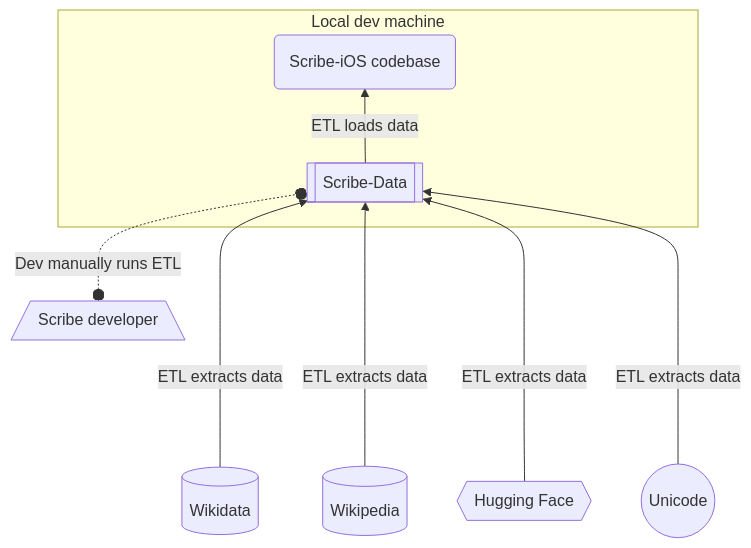
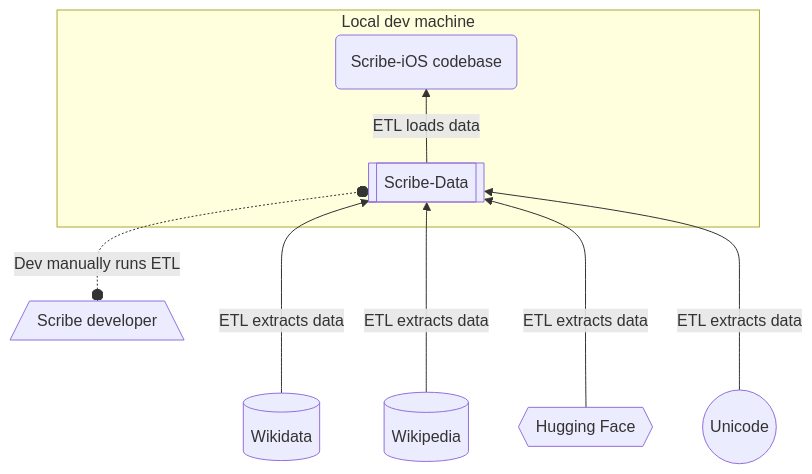
Before and after one commit to scribe-org/Organization: the second of 2 diagrams in ARCHITECTURE.md, drawn with Mermaid.

Commit message:
Slightly shorten arrows in current architecture diagram

````diff
--- a/ARCHITECTURE.md
+++ b/ARCHITECTURE.md
@@ -67,31 +67,31 @@
 ```mermaid
     graph BT
         %%%%
         %% ENTITIES
 
         %% Scribe codebase
         IOS(Scribe-iOS codebase)
 
         %% Scribe ETL process
         DAT[[Scribe-Data]]
 
         %% Data sources
         WKD[(Wikidata)]
         WKP[(Wikipedia)]
         HGF{{Hugging Face}}
         UNI((Unicode))
 
         %% Local development
         DEV[/Scribe developer\]
         subgraph LDM [Local dev machine]
             IOS
             DAT
         end
 
         %%%%
         %% FLOW
 
         DEV o-.-o|Dev manually runs ETL| DAT
-        WKD & WKP & HGF & UNI ---->|ETL extracts data| DAT
+        WKD & WKP & HGF & UNI --->|ETL extracts data| DAT
         DAT -->|ETL loads data| IOS
 ```
````
